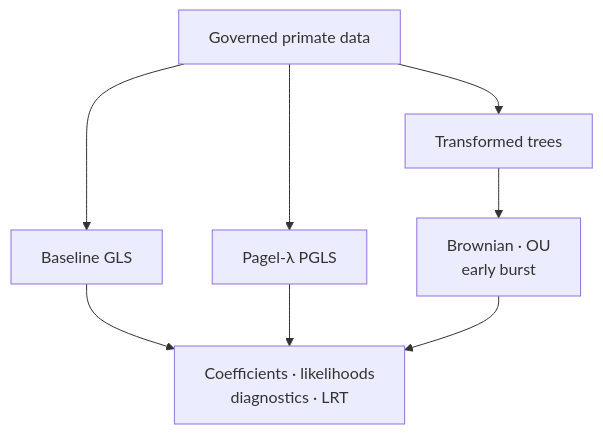
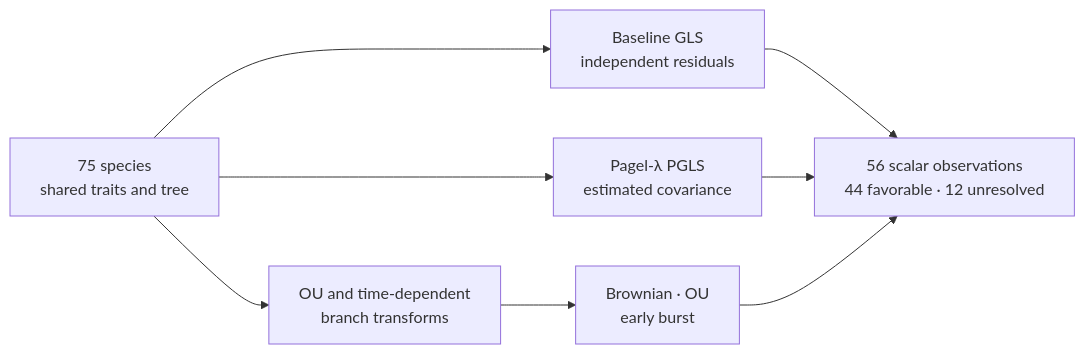
One commit to bijux/bijux-phylogenetics changed the diagram in docs/03-bijux-phylogenetics-evidence-book/pcm2-primate-pgls-and-signal/model-comparisons-and-pgls.md. Above: the diagram before and after it, drawn with Mermaid. The commit also changed other lines of this file and 3 other files, not shown here.

````diff
--- a/docs/03-bijux-phylogenetics-evidence-book/pcm2-primate-pgls-and-signal/model-comparisons-and-pgls.md
+++ b/docs/03-bijux-phylogenetics-evidence-book/pcm2-primate-pgls-and-signal/model-comparisons-and-pgls.md
@@ -17,13 +19,13 @@
 ```mermaid
-flowchart TB
-    data["Governed primate data"]
-    gls["Baseline GLS"]
-    lambda["Pagel-λ PGLS"]
-    transforms["Transformed trees"]
+flowchart LR
+    inputs["75 species<br/>shared traits and tree"]
+    gls["Baseline GLS<br/>independent residuals"]
+    pgls["Pagel-λ PGLS<br/>estimated covariance"]
+    transforms["OU and time-dependent<br/>branch transforms"]
     modes["Brownian · OU<br/>early burst"]
-    compare["Coefficients · likelihoods<br/>diagnostics · LRT"]
+    ledger["56 scalar observations<br/>44 favorable · 12 unresolved"]
 
-    data --> gls --> compare
-    data --> lambda --> compare
-    data --> transforms --> modes --> compare
+    inputs --> gls --> ledger
+    inputs --> pgls --> ledger
+    inputs --> transforms --> modes --> ledger
 ```
````
